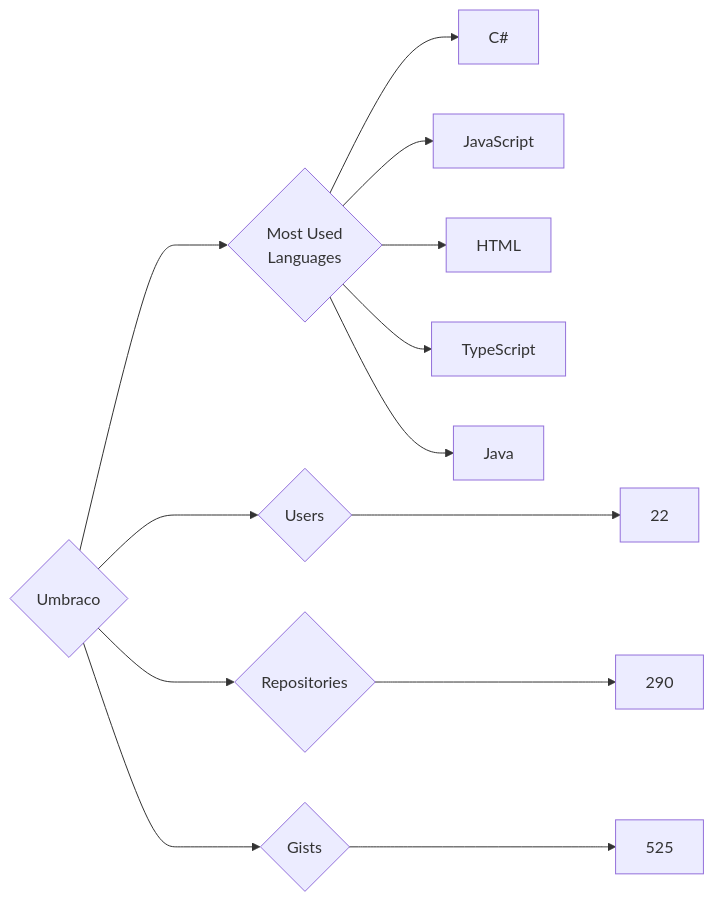
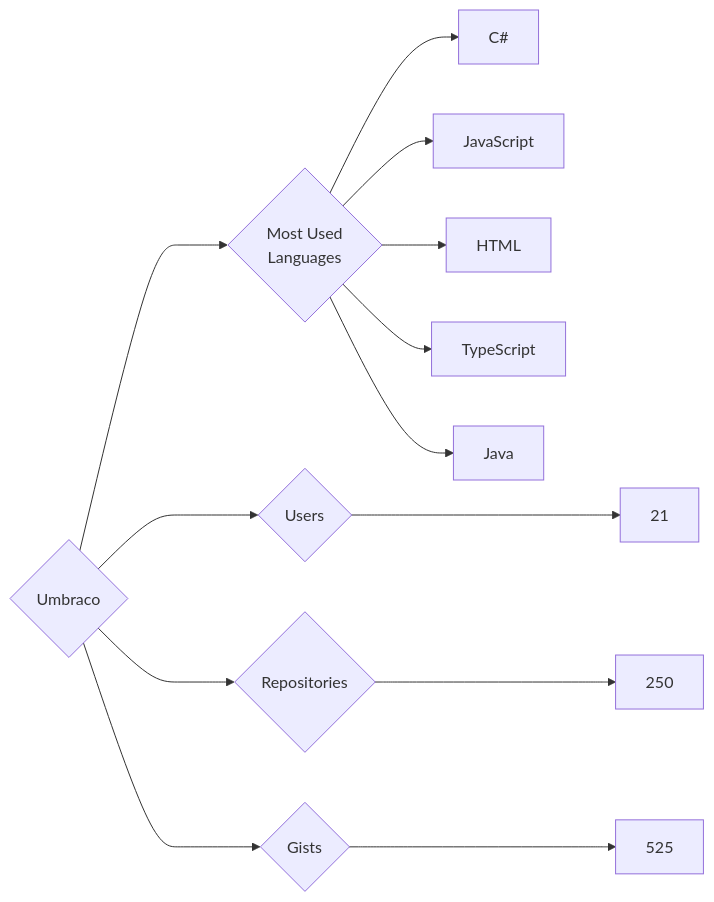
Before and after one commit to trickest/insiders: the diagram in targets/Umbraco/README.md, drawn with Mermaid. The commit also changed 770 other files, not shown here.

````diff
--- a/targets/Umbraco/README.md
+++ b/targets/Umbraco/README.md
@@ -3,13 +3,13 @@
 ```mermaid
 graph LR
 COMPANY_NAME{Umbraco}
-COMPANY_NAME ---> U{Users} ---> UN[22]
-COMPANY_NAME ---> R{Repositories} ---> RN[290]
+COMPANY_NAME ---> U{Users} ---> UN[21]
+COMPANY_NAME ---> R{Repositories} ---> RN[250]
 COMPANY_NAME ---> G{Gists} ---> GN[525]
 COMPANY_NAME ---> ML{Most Used<br>Languages}
 ML --> C#[C#]
 ML --> JavaScript[JavaScript]
 ML --> HTML[HTML]
 ML --> TypeScript[TypeScript]
 ML --> Java[Java]
 ```
````
